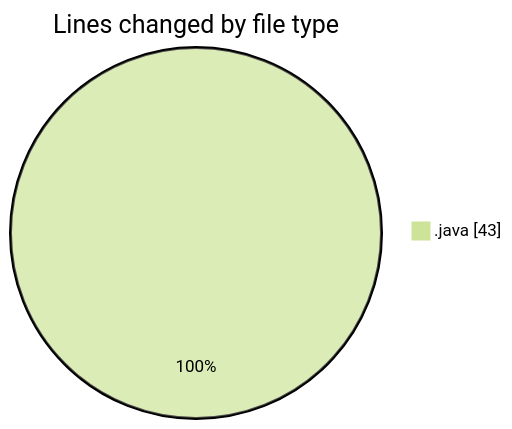
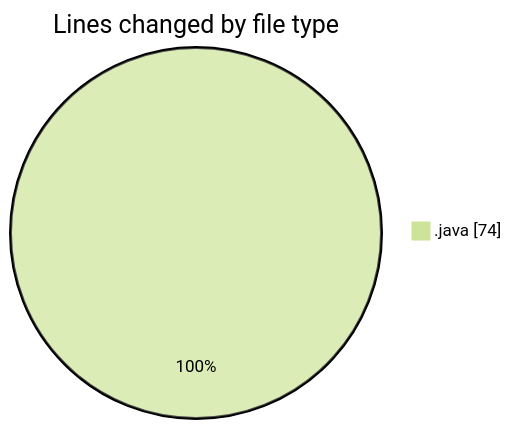
Before and after one commit to ricardozamudiocil/code-tracking: the first of 2 diagrams in 2026-09-04/cilapp/README.md, drawn with Mermaid (forest theme). The commit also changed other lines of this file and 1 other file, not shown here.

````diff
--- a/2026-09-04/cilapp/README.md
+++ b/2026-09-04/cilapp/README.md
@@ -20,5 +20,5 @@
 ```mermaid
 pie showData
 title Lines changed by file type
-".java" : 43
+".java" : 74
 ```
````
